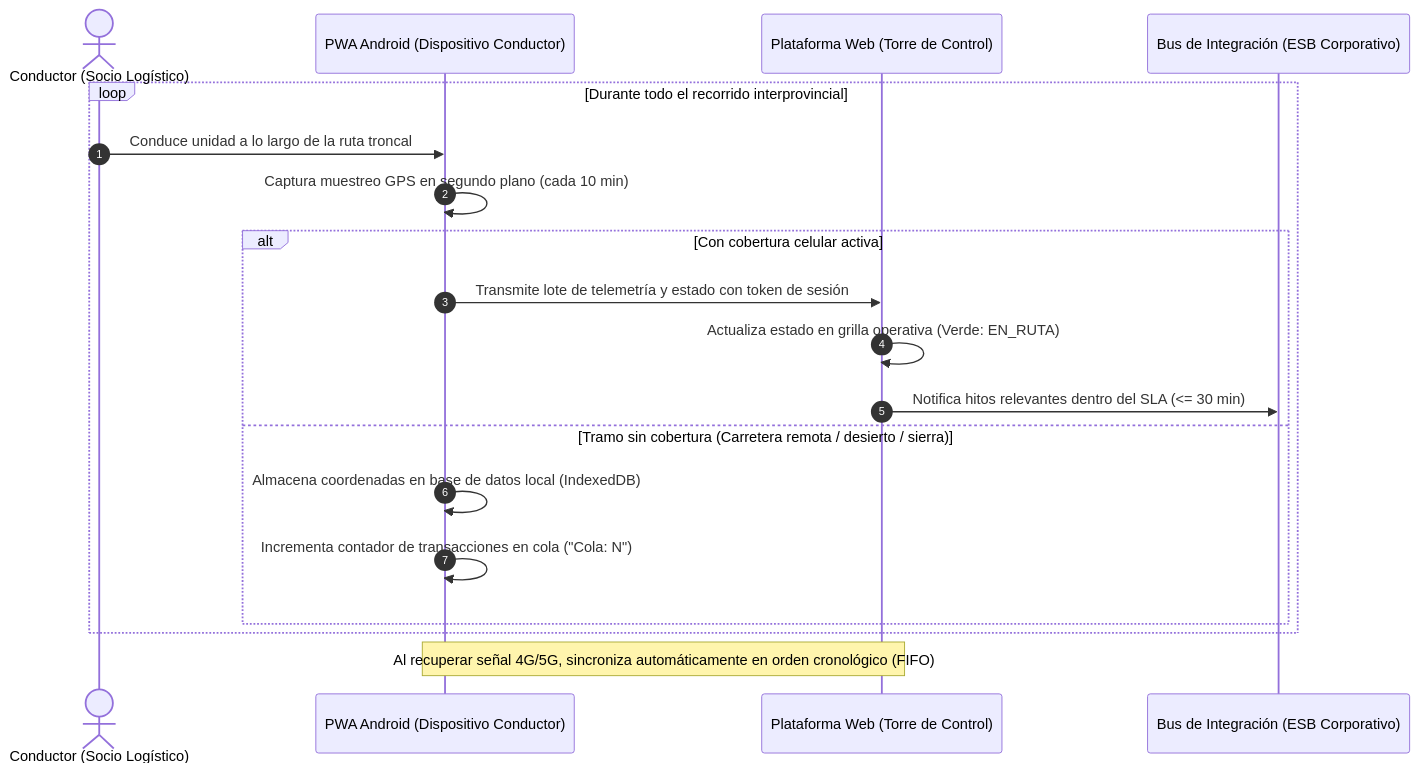
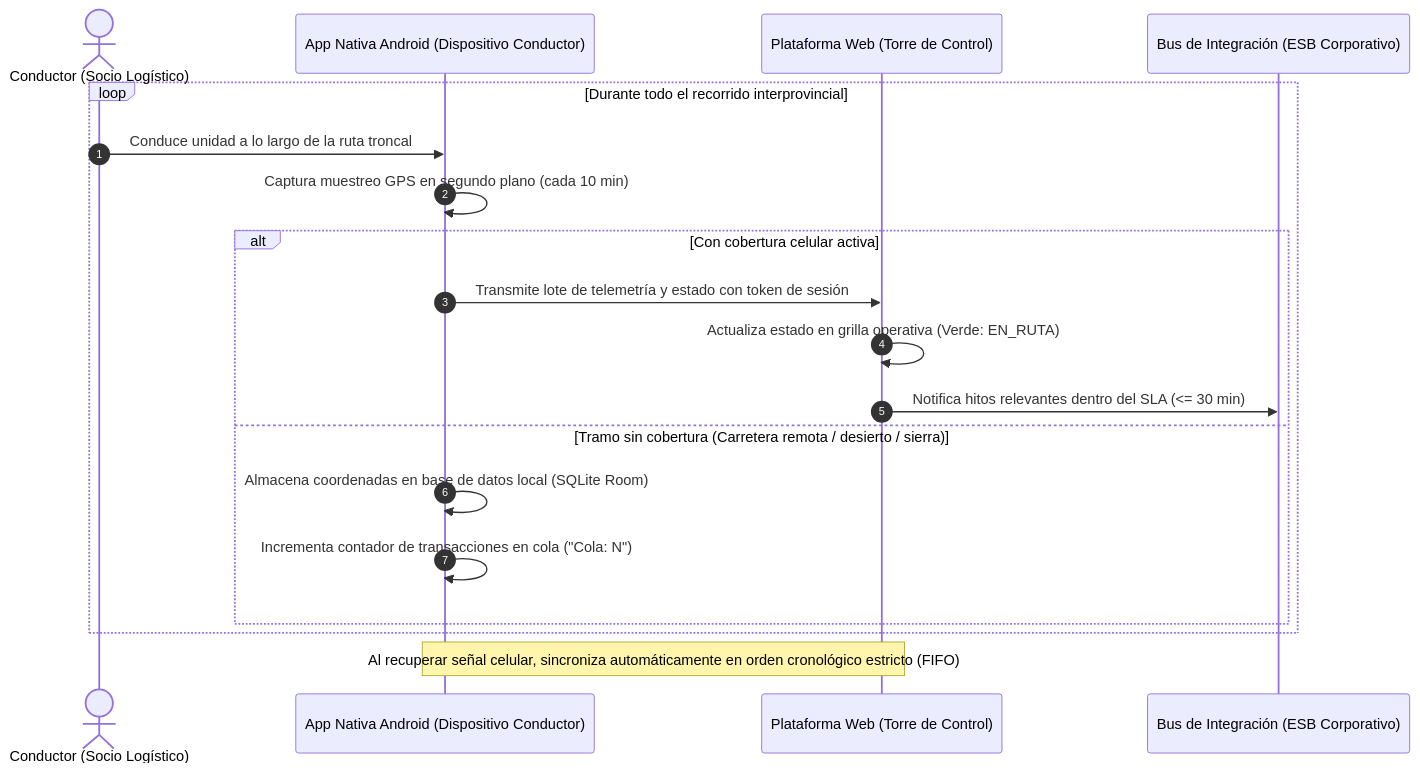
Before and after one commit to SaraviaH/arq-emp: the second of 2 diagrams in Diagrama de Casos de Uso del Negocio (CUN)/03_CUN_02_TRASLADO_Y_MONITOREO.md, drawn with Mermaid. The commit also changed other lines of this file and 49 other files, not shown here.

````diff
--- a/Diagrama de Casos de Uso del Negocio (CUN)/03_CUN_02_TRASLADO_Y_MONITOREO.md
+++ b/Diagrama de Casos de Uso del Negocio (CUN)/03_CUN_02_TRASLADO_Y_MONITOREO.md
@@ -56,22 +56,22 @@
 ```mermaid
 sequenceDiagram
     autonumber
     actor COND as Conductor (Socio Logístico)
-    participant APP as PWA Android (Dispositivo Conductor)
+    participant APP as App Nativa Android (Dispositivo Conductor)
     participant TORRE as Plataforma Web (Torre de Control)
     participant BUS as Bus de Integración (ESB Corporativo)
 
     loop Durante todo el recorrido interprovincial
         COND->>APP: Conduce unidad a lo largo de la ruta troncal
         APP->>APP: Captura muestreo GPS en segundo plano (cada 10 min)
         alt Con cobertura celular activa
             APP->>TORRE: Transmite lote de telemetría y estado con token de sesión
             TORRE->>TORRE: Actualiza estado en grilla operativa (Verde: EN_RUTA)
             TORRE->>BUS: Notifica hitos relevantes dentro del SLA (<= 30 min)
         else Tramo sin cobertura (Carretera remota / desierto / sierra)
-            APP->>APP: Almacena coordenadas en base de datos local (IndexedDB)
+            APP->>APP: Almacena coordenadas en base de datos local (SQLite Room)
             APP->>APP: Incrementa contador de transacciones en cola ("Cola: N")
         end
     end
-    Note over APP,TORRE: Al recuperar señal 4G/5G, sincroniza automáticamente en orden cronológico (FIFO)
+    Note over APP,TORRE: Al recuperar señal celular, sincroniza automáticamente en orden cronológico estricto (FIFO)
 ```
````
